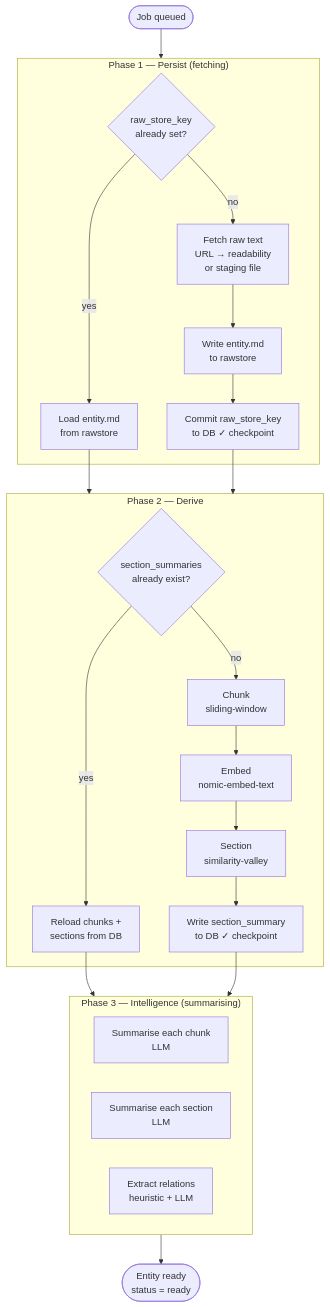
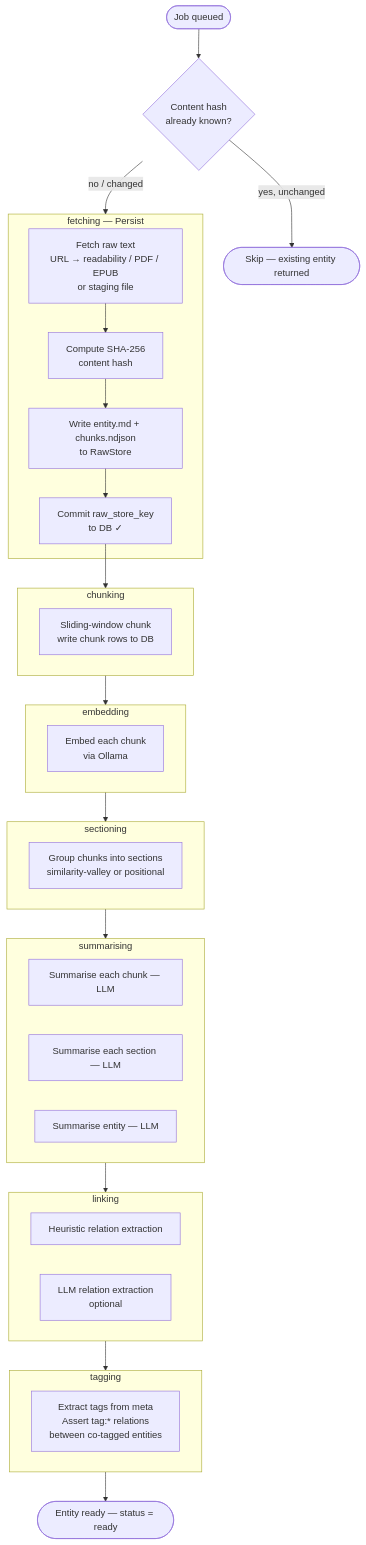
The second of 3 diagrams in README.md (inkiebeard/galactic-vkb), drawn with Mermaid before and after one commit. The commit also changed other lines of this file, not shown here.

````diff
--- a/README.md
+++ b/README.md
@@ -55,33 +69,56 @@
 ```mermaid
 flowchart TD
-    START([Job queued]) --> P1
+    START([Job queued]) --> DEDUP
 
-    subgraph P1["Phase 1 — Persist (fetching)"]
-        F1{raw_store_key\nalready set?}
-        F1 -- yes --> REUSE[Load entity.md\nfrom rawstore]
-        F1 -- no --> FETCH2[Fetch raw text\nURL → readability\nor staging file]
-        FETCH2 --> WRITE[Write entity.md\nto rawstore]
-        WRITE --> COMMIT[Commit raw_store_key\nto DB ✓ checkpoint]
+    DEDUP{Content hash\nalready known?}
+    DEDUP -- yes, unchanged --> SKIP([Skip — existing entity returned])
+    DEDUP -- no / changed --> FETCH
+
+    subgraph FETCH["fetching — Persist"]
+        FETCH2[Fetch raw text\nURL → readability / PDF / EPUB\nor staging file]
+        FETCH2 --> HASH[Compute SHA-256\ncontent hash]
+        HASH --> WRITE[Write entity.md + chunks.ndjson\nto RawStore]
+        WRITE --> F_COMMIT[Commit raw_store_key\nto DB ✓]
     end
 
-    REUSE & COMMIT --> P2
+    F_COMMIT --> CHUNK_S
 
-    subgraph P2["Phase 2 — Derive"]
-        S2{section_summaries\nalready exist?}
-        S2 -- yes --> RELOAD[Reload chunks +\nsections from DB]
-        S2 -- no --> CHUNK2[Chunk\nsliding-window]
-        CHUNK2 --> EMBED2[Embed\nnomic-embed-text]
-        EMBED2 --> SECT2[Section\nsimilarity-valley]
-        SECT2 --> SECT_COMMIT[Write section_summary\nto DB ✓ checkpoint]
+    subgraph CHUNK_S["chunking"]
+        CHUNK2[Sliding-window chunk\nwrite chunk rows to DB]
     end
 
-    RELOAD & SECT_COMMIT --> P3
+    CHUNK_S --> EMBED_S
 
-    subgraph P3["Phase 3 — Intelligence (summarising)"]
-        SUM_C[Summarise each chunk\nLLM]
-        SUM_S[Summarise each section\nLLM]
-        REL2[Extract relations\nheuristic + LLM]
+    subgraph EMBED_S["embedding"]
+        EMBED2[Embed each chunk\nvia Ollama]
     end
 
-    P3 --> DONE([Entity ready\nstatus = ready])
+    EMBED_S --> SECT_S
+
+    subgraph SECT_S["sectioning"]
+        SECT2[Group chunks into sections\nsimilarity-valley or positional]
+    end
+
+    SECT_S --> SUM_S
+
+    subgraph SUM_S["summarising"]
+        SUM_C[Summarise each chunk — LLM]
+        SUM_SEC[Summarise each section — LLM]
+        SUM_E[Summarise entity — LLM]
+    end
+
+    SUM_S --> LINK_S
+
+    subgraph LINK_S["linking"]
+        REL_H[Heuristic relation extraction]
+        REL_L[LLM relation extraction\noptional]
+    end
+
+    LINK_S --> TAG_S
+
+    subgraph TAG_S["tagging"]
+        TAG[Extract tags from meta\nAssert tag:* relations\nbetween co-tagged entities]
+    end
+
+    TAG_S --> DONE([Entity ready — status = ready])
 ```
````
